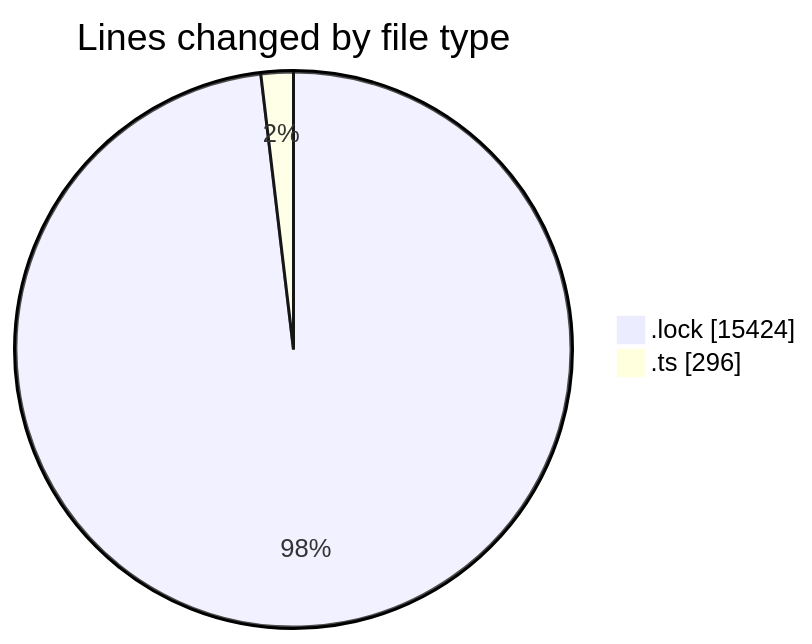
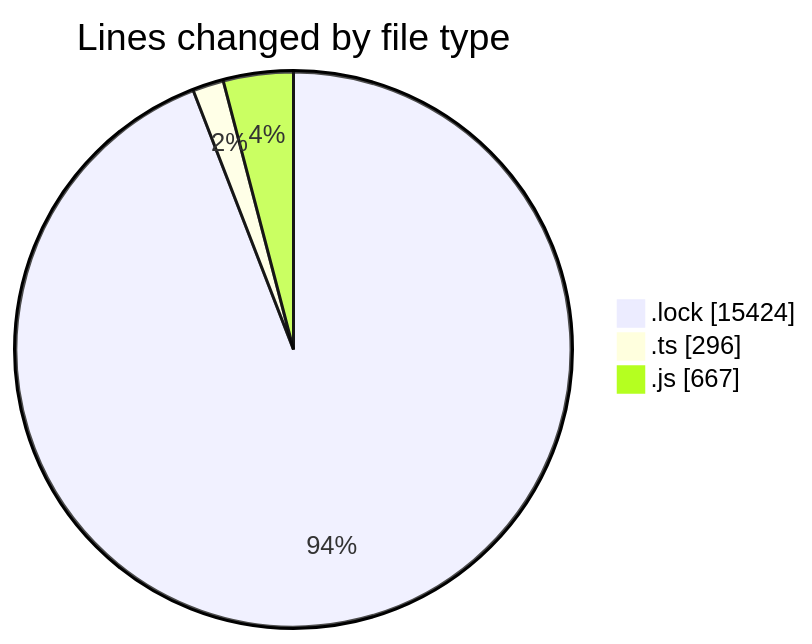
The first of 2 diagrams in 2025-05-22/cda/README.md (momahboobian/code-tracking), drawn with Mermaid before and after one commit. The commit also changed other lines of this file and 1 other file, not shown here.

````diff
--- a/2025-05-22/cda/README.md
+++ b/2025-05-22/cda/README.md
@@ -21,6 +22,7 @@
 ```mermaid
 pie showData
 title Lines changed by file type
 ".lock" : 15424
 ".ts" : 296
+".js" : 667
 ```
````
